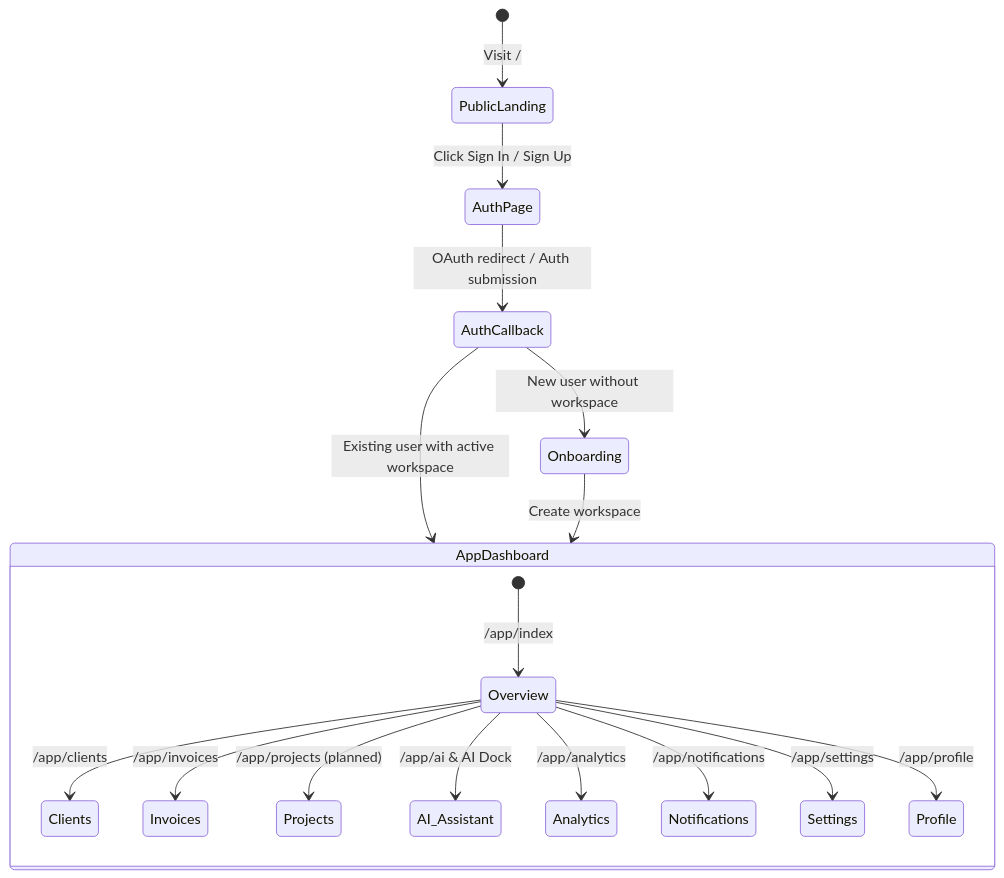
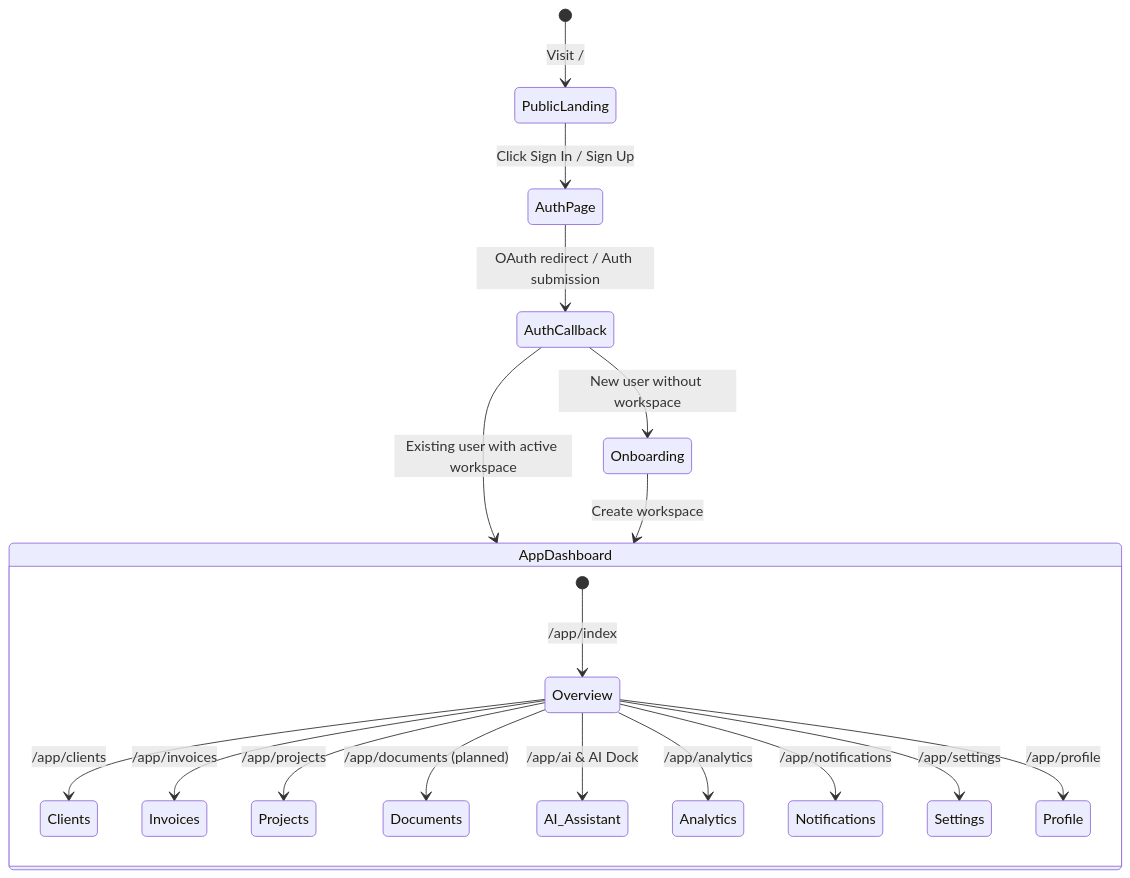
Before and after one commit to Ahad-Arc/silex2.0: the diagram in silex-zenith-suite-main/docs/03_APP_FLOW.md, drawn with Mermaid. The commit also changed other lines of this file and 120 other files, not shown here.

````diff
--- a/silex-zenith-suite-main/docs/03_APP_FLOW.md
+++ b/silex-zenith-suite-main/docs/03_APP_FLOW.md
@@ -5,21 +5,22 @@
 ```mermaid
 stateDiagram-v2
     [*] --> PublicLanding: Visit /
     PublicLanding --> AuthPage: Click Sign In / Sign Up
     AuthPage --> AuthCallback: OAuth redirect / Auth submission
     AuthCallback --> Onboarding: New user without workspace
     AuthCallback --> AppDashboard: Existing user with active workspace
     Onboarding --> AppDashboard: Create workspace
 
     state AppDashboard {
         [*] --> Overview: /app/index
         Overview --> Clients: /app/clients
         Overview --> Invoices: /app/invoices
-        Overview --> Projects: /app/projects (planned)
+        Overview --> Projects: /app/projects
+        Overview --> Documents: /app/documents (planned)
         Overview --> AI_Assistant: /app/ai & AI Dock
         Overview --> Analytics: /app/analytics
         Overview --> Notifications: /app/notifications
         Overview --> Settings: /app/settings
         Overview --> Profile: /app/profile
     }
 ```
````
